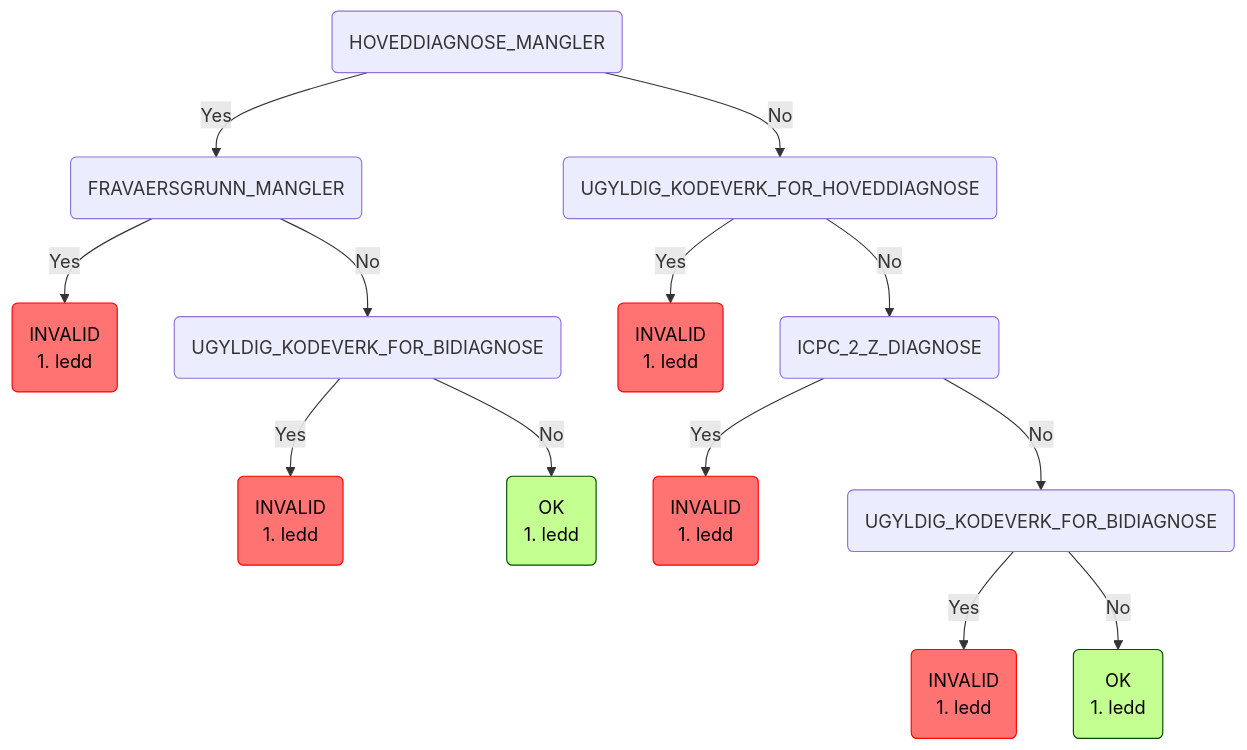
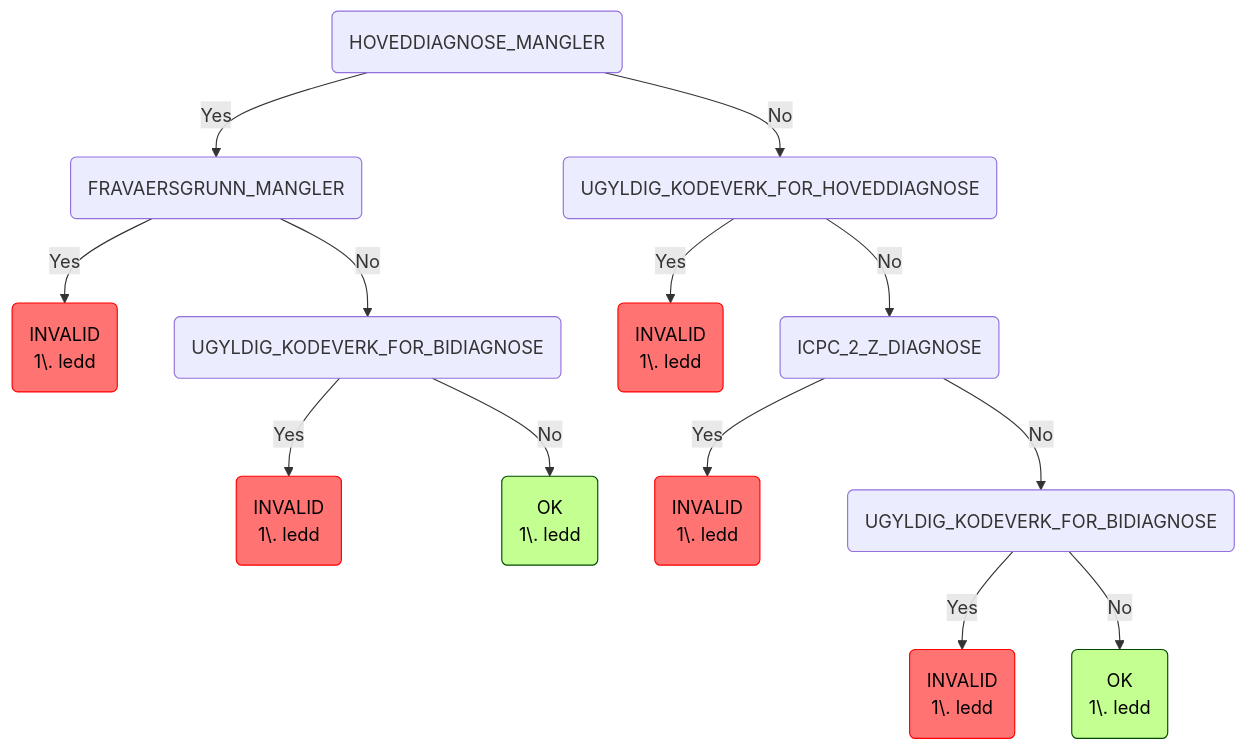
The sixth of 9 diagrams in README.md (navikt/syfosmregler), drawn with Mermaid before and after one commit. The commit also changed other lines of this file and 1 other file, not shown here.

Commit message:
Fix/mermaid (#324)

````diff
--- a/README.md
+++ b/README.md
@@ -237,25 +216,25 @@
 ```mermaid
 graph TD
     root(HOVEDDIAGNOSE_MANGLER) -->|Yes| root_HOVEDDIAGNOSE_MANGLER_FRAVAERSGRUNN_MANGLER(FRAVAERSGRUNN_MANGLER)
     root_HOVEDDIAGNOSE_MANGLER_FRAVAERSGRUNN_MANGLER(FRAVAERSGRUNN_MANGLER) -->|Yes| root_HOVEDDIAGNOSE_MANGLER_FRAVAERSGRUNN_MANGLER_INVALID(INVALID
-1. ledd):::invalid
+1\. ledd):::invalid
     root_HOVEDDIAGNOSE_MANGLER_FRAVAERSGRUNN_MANGLER(FRAVAERSGRUNN_MANGLER) -->|No| root_HOVEDDIAGNOSE_MANGLER_FRAVAERSGRUNN_MANGLER_UGYLDIG_KODEVERK_FOR_BIDIAGNOSE(UGYLDIG_KODEVERK_FOR_BIDIAGNOSE)
     root_HOVEDDIAGNOSE_MANGLER_FRAVAERSGRUNN_MANGLER_UGYLDIG_KODEVERK_FOR_BIDIAGNOSE(UGYLDIG_KODEVERK_FOR_BIDIAGNOSE) -->|Yes| root_HOVEDDIAGNOSE_MANGLER_FRAVAERSGRUNN_MANGLER_UGYLDIG_KODEVERK_FOR_BIDIAGNOSE_INVALID(INVALID
-1. ledd):::invalid
+1\. ledd):::invalid
     root_HOVEDDIAGNOSE_MANGLER_FRAVAERSGRUNN_MANGLER_UGYLDIG_KODEVERK_FOR_BIDIAGNOSE(UGYLDIG_KODEVERK_FOR_BIDIAGNOSE) -->|No| root_HOVEDDIAGNOSE_MANGLER_FRAVAERSGRUNN_MANGLER_UGYLDIG_KODEVERK_FOR_BIDIAGNOSE_OK(OK
-1. ledd):::ok
+1\. ledd):::ok
     root(HOVEDDIAGNOSE_MANGLER) -->|No| root_HOVEDDIAGNOSE_MANGLER_UGYLDIG_KODEVERK_FOR_HOVEDDIAGNOSE(UGYLDIG_KODEVERK_FOR_HOVEDDIAGNOSE)
     root_HOVEDDIAGNOSE_MANGLER_UGYLDIG_KODEVERK_FOR_HOVEDDIAGNOSE(UGYLDIG_KODEVERK_FOR_HOVEDDIAGNOSE) -->|Yes| root_HOVEDDIAGNOSE_MANGLER_UGYLDIG_KODEVERK_FOR_HOVEDDIAGNOSE_INVALID(INVALID
-1. ledd):::invalid
+1\. ledd):::invalid
     root_HOVEDDIAGNOSE_MANGLER_UGYLDIG_KODEVERK_FOR_HOVEDDIAGNOSE(UGYLDIG_KODEVERK_FOR_HOVEDDIAGNOSE) -->|No| root_HOVEDDIAGNOSE_MANGLER_UGYLDIG_KODEVERK_FOR_HOVEDDIAGNOSE_ICPC_2_Z_DIAGNOSE(ICPC_2_Z_DIAGNOSE)
     root_HOVEDDIAGNOSE_MANGLER_UGYLDIG_KODEVERK_FOR_HOVEDDIAGNOSE_ICPC_2_Z_DIAGNOSE(ICPC_2_Z_DIAGNOSE) -->|Yes| root_HOVEDDIAGNOSE_MANGLER_UGYLDIG_KODEVERK_FOR_HOVEDDIAGNOSE_ICPC_2_Z_DIAGNOSE_INVALID(INVALID
-1. ledd):::invalid
+1\. ledd):::invalid
     root_HOVEDDIAGNOSE_MANGLER_UGYLDIG_KODEVERK_FOR_HOVEDDIAGNOSE_ICPC_2_Z_DIAGNOSE(ICPC_2_Z_DIAGNOSE) -->|No| root_HOVEDDIAGNOSE_MANGLER_UGYLDIG_KODEVERK_FOR_HOVEDDIAGNOSE_ICPC_2_Z_DIAGNOSE_UGYLDIG_KODEVERK_FOR_BIDIAGNOSE(UGYLDIG_KODEVERK_FOR_BIDIAGNOSE)
     root_HOVEDDIAGNOSE_MANGLER_UGYLDIG_KODEVERK_FOR_HOVEDDIAGNOSE_ICPC_2_Z_DIAGNOSE_UGYLDIG_KODEVERK_FOR_BIDIAGNOSE(UGYLDIG_KODEVERK_FOR_BIDIAGNOSE) -->|Yes| root_HOVEDDIAGNOSE_MANGLER_UGYLDIG_KODEVERK_FOR_HOVEDDIAGNOSE_ICPC_2_Z_DIAGNOSE_UGYLDIG_KODEVERK_FOR_BIDIAGNOSE_INVALID(INVALID
-1. ledd):::invalid
+1\. ledd):::invalid
     root_HOVEDDIAGNOSE_MANGLER_UGYLDIG_KODEVERK_FOR_HOVEDDIAGNOSE_ICPC_2_Z_DIAGNOSE_UGYLDIG_KODEVERK_FOR_BIDIAGNOSE(UGYLDIG_KODEVERK_FOR_BIDIAGNOSE) -->|No| root_HOVEDDIAGNOSE_MANGLER_UGYLDIG_KODEVERK_FOR_HOVEDDIAGNOSE_ICPC_2_Z_DIAGNOSE_UGYLDIG_KODEVERK_FOR_BIDIAGNOSE_OK(OK
-1. ledd):::ok
+1\. ledd):::ok
     classDef ok fill:#c3ff91,stroke:#004a00,color: black;
     classDef invalid fill:#ff7373,stroke:#ff0000,color: black;
     classDef manuell fill:#ffe24f,stroke:#ffd500,color: #473c00;
 ```
````
